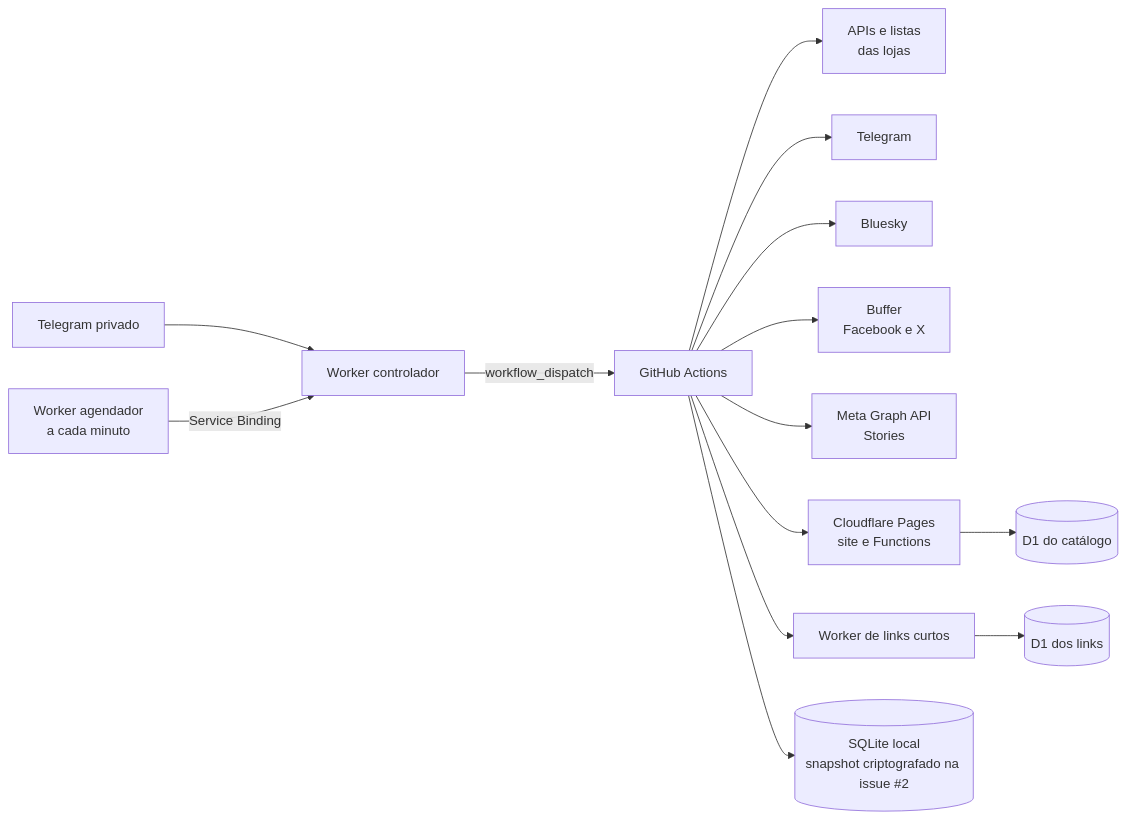
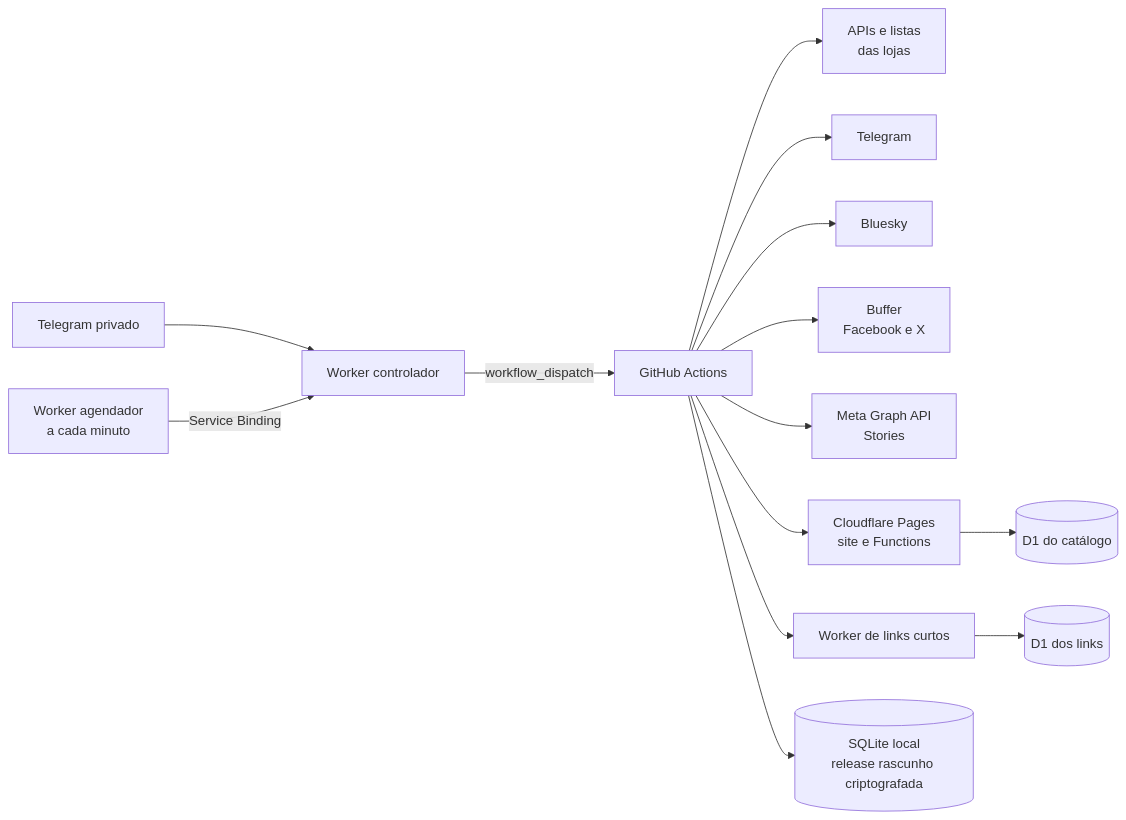
One commit to mrson93/bot-tl-01 changed the diagram in CONTEXTO-DO-PROJETO.md. Above: the diagram before and after it, drawn with Mermaid. The commit also changed other lines of this file and 5 other files, not shown here.

````diff
--- a/CONTEXTO-DO-PROJETO.md
+++ b/CONTEXTO-DO-PROJETO.md
@@ -78,16 +78,16 @@
 ```mermaid
 flowchart LR
     A[Telegram privado] --> B[Worker controlador]
     S[Worker agendador<br/>a cada minuto] -->|Service Binding| B
     B -->|workflow_dispatch| G[GitHub Actions]
     G --> F[APIs e listas<br/>das lojas]
     G --> T[Telegram]
     G --> K[Bluesky]
     G --> U[Buffer<br/>Facebook e X]
     G --> M[Meta Graph API<br/>Stories]
     G --> P[Cloudflare Pages<br/>site e Functions]
     G --> R[Worker de links curtos]
     P --> D1[(D1 do catálogo)]
     R --> D2[(D1 dos links)]
-    G --> E[(SQLite local<br/>snapshot criptografado na issue #2)]
+    G --> E[(SQLite local<br/>release rascunho criptografada)]
 ```
````
